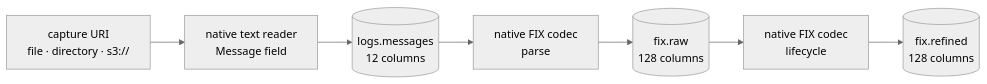
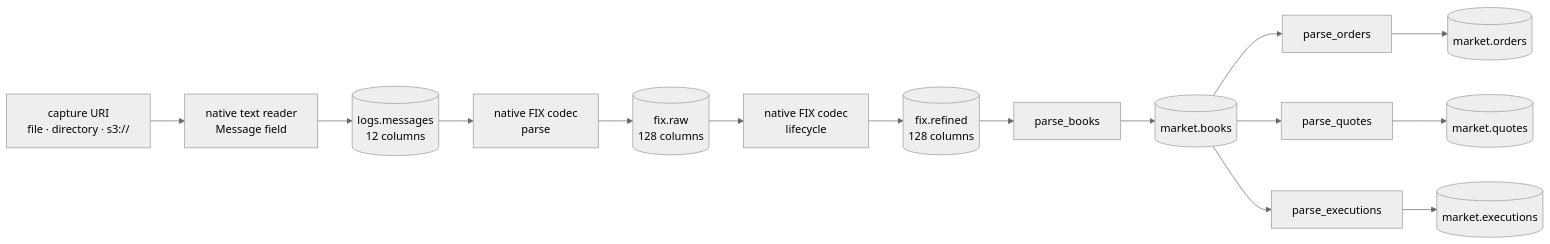
One commit to Platob/yggfin changed the diagram in docs/index.md. Above: the diagram before and after it, drawn with Mermaid (neutral theme). The commit also changed other lines of this file and 62 other files, not shown here.

First line of the commit message:
Build market books and parallel event tables with Yggdryl 0.1.11 (#47)

````diff
--- a/docs/index.md
+++ b/docs/index.md
@@ -40,9 +43,13 @@
 ```mermaid
 flowchart LR
     S["capture URI<br/>file · directory · s3://"] --> T["native text reader<br/>Message field"]
     T --> M[("logs.messages<br/>12 columns")]
     M --> F["native FIX codec<br/>parse"]
     F --> B[("fix.raw<br/>128 columns")]
     B --> L["native FIX codec<br/>lifecycle"]
     L --> O[("fix.refined<br/>128 columns")]
+    O --> K["parse_books"] --> BK[("market.books")]
+    BK --> PO["parse_orders"] --> OT[("market.orders")]
+    BK --> PQ["parse_quotes"] --> QT[("market.quotes")]
+    BK --> PE["parse_executions"] --> ET[("market.executions")]
 ```
````
